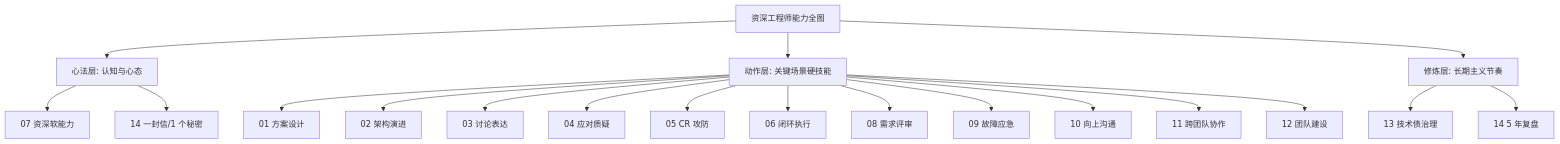
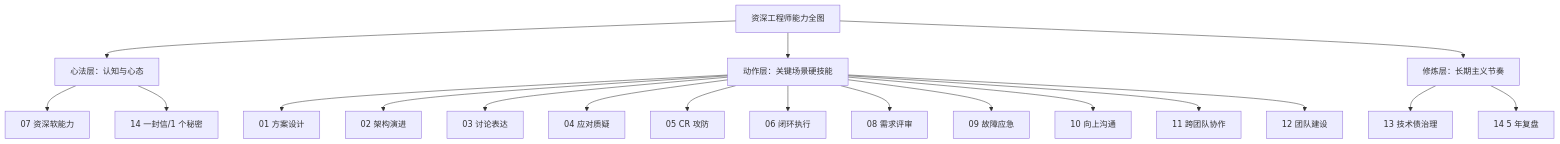
The second of 2 diagrams in docs/08.编程/05.程序员精进路/14.给三年前写一封信.md (chongyang211/YCBookBlog), drawn with Mermaid before and after one commit. The commit also changed other lines of this file, not shown here.

````diff
--- a/docs/08.编程/05.程序员精进路/14.给三年前写一封信.md
+++ b/docs/08.编程/05.程序员精进路/14.给三年前写一封信.md
@@ -414,24 +342,24 @@
 ```mermaid
 graph TD
-    A[资深工程师能力全图] --> B[心法层: 认知与心态]
-    A --> C[动作层: 关键场景硬技能]
-    A --> D[修炼层: 长期主义节奏]
+    A[资深工程师能力全图] --> B[心法层：认知与心态]
+    A --> C[动作层：关键场景硬技能]
+    A --> D[修炼层：长期主义节奏]
 
     B --> B1[07 资深软能力]
     B --> B2[14 一封信/1 个秘密]
 
     C --> C1[01 方案设计]
     C --> C2[02 架构演进]
     C --> C3[03 讨论表达]
     C --> C4[04 应对质疑]
     C --> C5[05 CR 攻防]
     C --> C6[06 闭环执行]
     C --> C7[08 需求评审]
     C --> C8[09 故障应急]
     C --> C9[10 向上沟通]
     C --> C10[11 跨团队协作]
     C --> C11[12 团队建设]
 
     D --> D1[13 技术债治理]
     D --> D2[14 5 年复盘]
 ```
````
